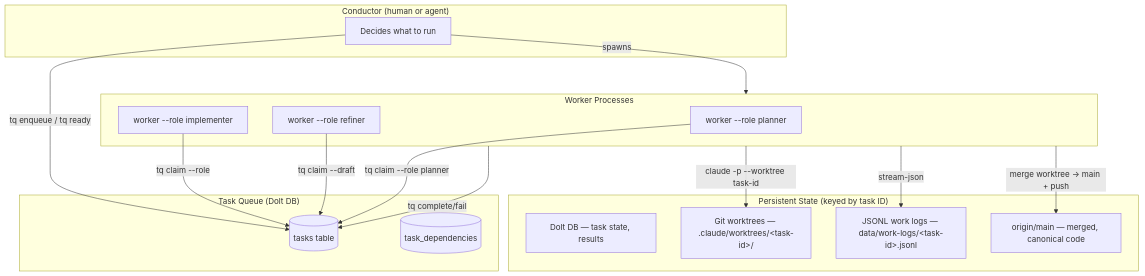
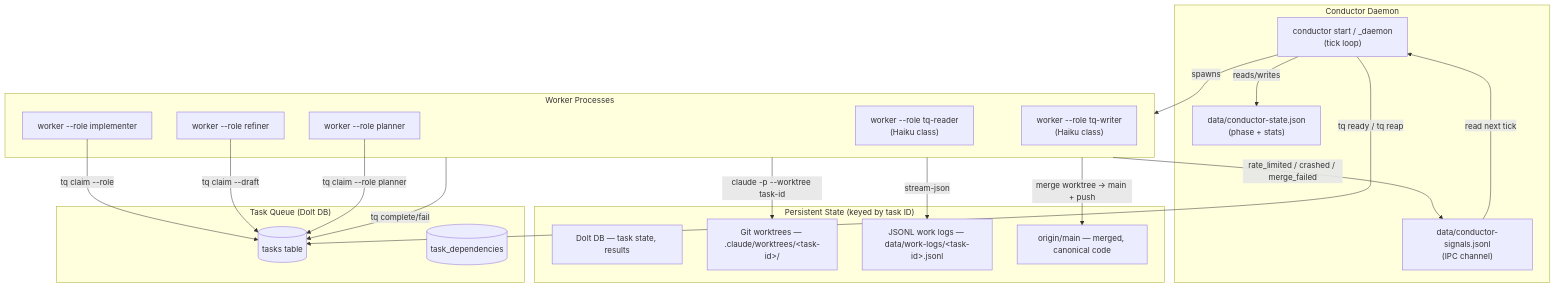
One commit to shardworks/shardworks changed the first of 10 diagrams in docs/architecture.md. Above: the diagram before and after it, drawn with Mermaid. The commit also changed other lines of this file, not shown here.

First line of the commit message:
docs: update architecture.md with conductor daemon, signals, scheduler, and session brackets

````diff
--- a/docs/architecture.md
+++ b/docs/architecture.md
@@ -15,34 +14,41 @@
 ```mermaid
 graph TB
-    subgraph Conductor["Conductor (human or agent)"]
-        CD[Decides what to run]
+    subgraph Conductor["Conductor Daemon"]
+        CD["conductor start / _daemon\n(tick loop)"]
+        SIG["data/conductor-signals.jsonl\n(IPC channel)"]
+        ST["data/conductor-state.json\n(phase + stats)"]
+        CD -->|"reads/writes"| ST
     end
 
     subgraph TaskQueue["Task Queue (Dolt DB)"]
         TQ[(tasks table)]
         TD[(task_dependencies)]
     end
 
     subgraph Workers["Worker Processes"]
         W1["worker --role implementer"]
         W2["worker --role refiner"]
         W3["worker --role planner"]
+        W4["worker --role tq-reader\n(Haiku class)"]
+        W5["worker --role tq-writer\n(Haiku class)"]
     end
 
     subgraph Persistence["Persistent State (keyed by task ID)"]
         DB["Dolt DB — task state, results"]
         Git["Git worktrees — .claude/worktrees/&lt;task-id&gt;/"]
         Logs["JSONL work logs — data/work-logs/&lt;task-id&gt;.jsonl"]
         Main["origin/main — merged, canonical code"]
     end
 
-    CD -->|"tq enqueue / tq ready"| TQ
+    CD -->|"tq ready / tq reap"| TQ
     CD -->|"spawns"| Workers
+    Workers -->|"rate_limited / crashed / merge_failed"| SIG
+    SIG -->|"read next tick"| CD
     W1 -->|"tq claim --role"| TQ
     W2 -->|"tq claim --draft"| TQ
     W3 -->|"tq claim --role planner"| TQ
     Workers -->|"claude -p --worktree task-id"| Git
     Workers -->|"stream-json"| Logs
     Workers -->|"tq complete/fail"| TQ
     Workers -->|"merge worktree → main + push"| Main
 ```
````
